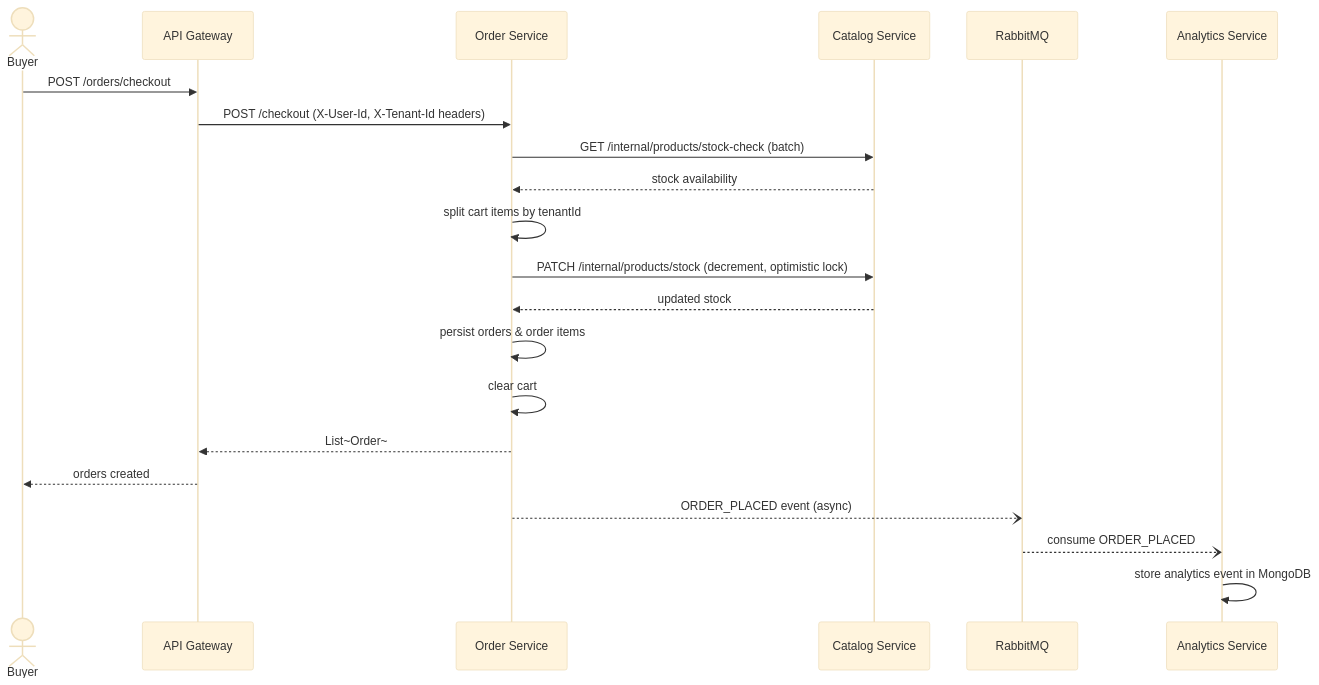
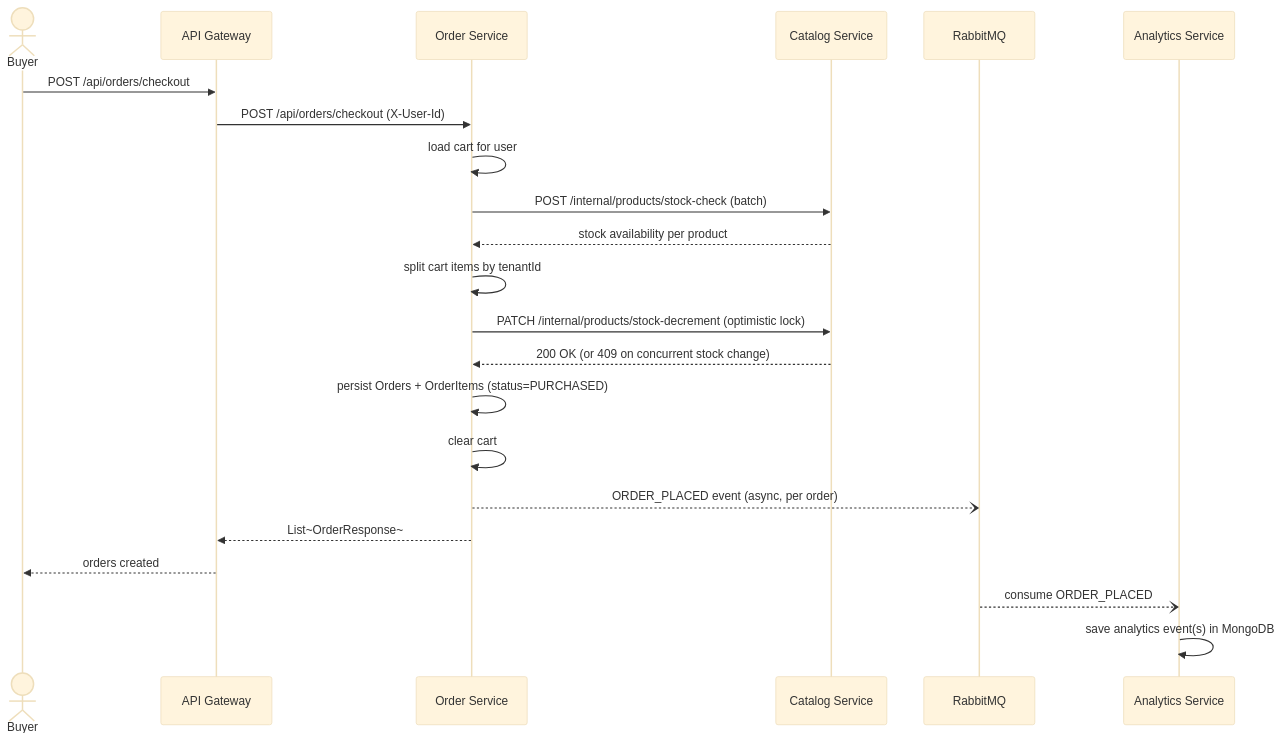
The diagram in diagrams/sequences/checkout-flow.md (stefann5/marketplace), drawn with Mermaid (base theme) before and after one commit. The commit also changed 13 other files, not shown here.

````diff
--- a/diagrams/sequences/checkout-flow.md
+++ b/diagrams/sequences/checkout-flow.md
@@ -3,30 +3,32 @@
 ```mermaid
 sequenceDiagram
     actor Buyer
     participant GW as API Gateway
     participant OS as Order Service
     participant CS as Catalog Service
     participant MQ as RabbitMQ
     participant AS as Analytics Service
 
-    Buyer->>GW: POST /orders/checkout
-    GW->>OS: POST /checkout (X-User-Id, X-Tenant-Id headers)
+    Buyer->>GW: POST /api/orders/checkout
+    GW->>OS: POST /api/orders/checkout (X-User-Id)
 
-    OS->>CS: GET /internal/products/stock-check (batch)
-    CS-->>OS: stock availability
+    OS->>OS: load cart for user
+
+    OS->>CS: POST /internal/products/stock-check (batch)
+    CS-->>OS: stock availability per product
 
     OS->>OS: split cart items by tenantId
 
-    OS->>CS: PATCH /internal/products/stock (decrement, optimistic lock)
-    CS-->>OS: updated stock
+    OS->>CS: PATCH /internal/products/stock-decrement (optimistic lock)
+    CS-->>OS: 200 OK (or 409 on concurrent stock change)
 
-    OS->>OS: persist orders & order items
+    OS->>OS: persist Orders + OrderItems (status=PURCHASED)
     OS->>OS: clear cart
 
-    OS-->>GW: List~Order~
+    OS--)MQ: ORDER_PLACED event (async, per order)
+    OS-->>GW: List~OrderResponse~
     GW-->>Buyer: orders created
 
-    OS--)MQ: ORDER_PLACED event (async)
     MQ--)AS: consume ORDER_PLACED
-    AS->>AS: store analytics event in MongoDB
+    AS->>AS: save analytics event(s) in MongoDB
 ```
````
